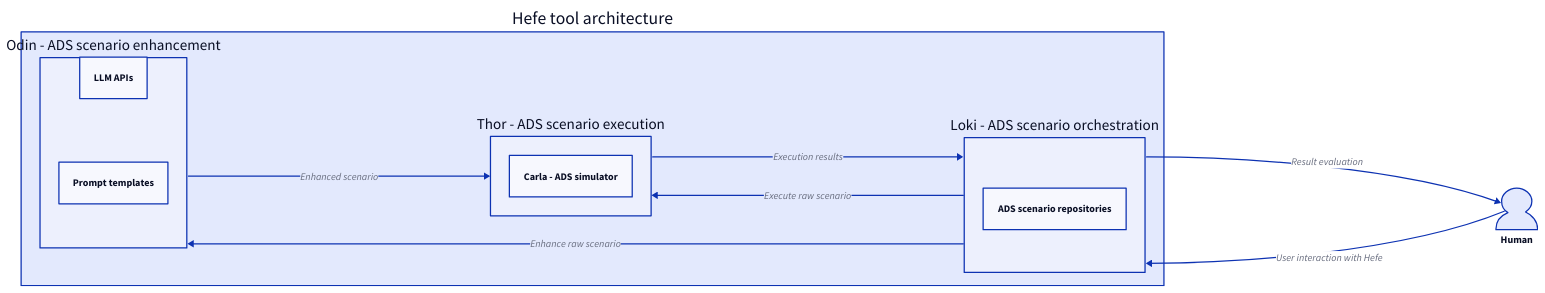
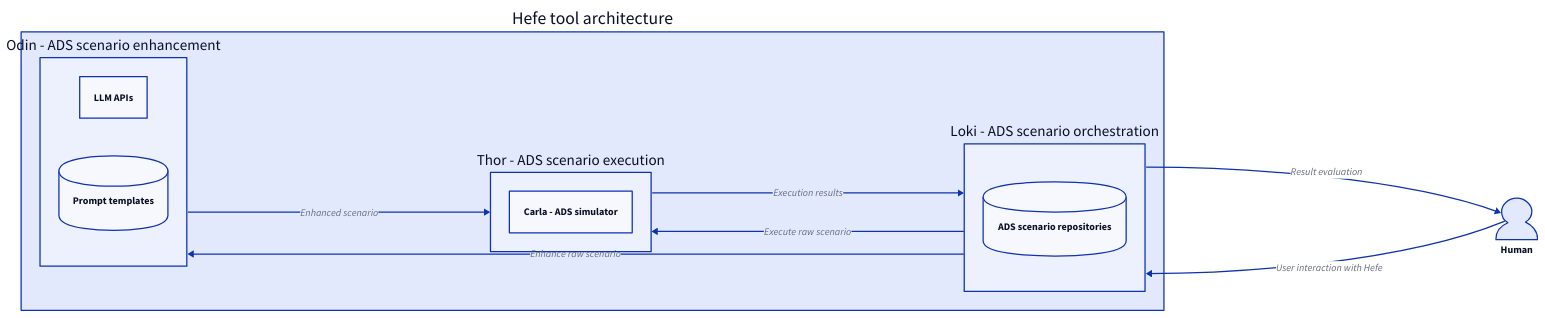
The diagram in figures/d2/hefe.d2 (orjahren/master), drawn with D2 before and after one commit.

Commit message:
Bruk sylindre for å angi at repositories er basically databaser.

```diff
--- a/figures/d2/hefe.d2
+++ b/figures/d2/hefe.d2
@@ -1,26 +1,30 @@
 direction: right 
 
 
 hefe: Hefe tool architecture
 
 hefe.odin: Odin - ADS scenario enhancement
 hefe.odin.llm: LLM APIs
-hefe.odin.prompts: Prompt templates
+hefe.odin.prompts: Prompt templates {
+  shape: cylinder
+}
 
 
 hefe.loki: Loki - ADS scenario orchestration
 hefe.thor: Thor - ADS scenario execution
 hefe.thor.carla: Carla - ADS simulator
-hefe.loki.testCaseRepos: ADS scenario repositories
+hefe.loki.testCaseRepos: ADS scenario repositories {
+  shape: cylinder
+}
 
 userInteraction: Human {
   shape: person
 }
 userInteraction -> hefe.loki: User interaction with Hefe
 
 
 hefe.loki -> hefe.odin: Enhance raw scenario
 hefe.odin -> hefe.thor: Enhanced scenario
 hefe.thor -> hefe.loki: Execution results
 hefe.loki -> hefe.thor: Execute raw scenario
 hefe.loki -> userInteraction: Result evaluation
```
